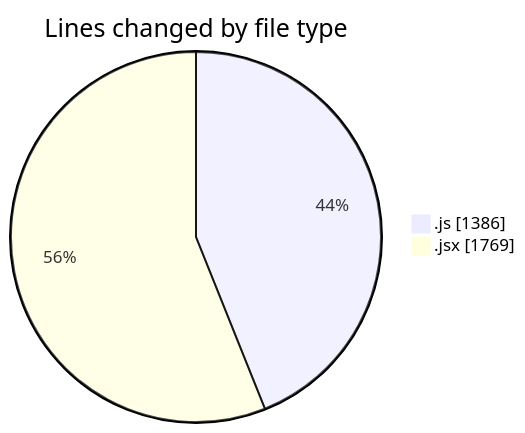
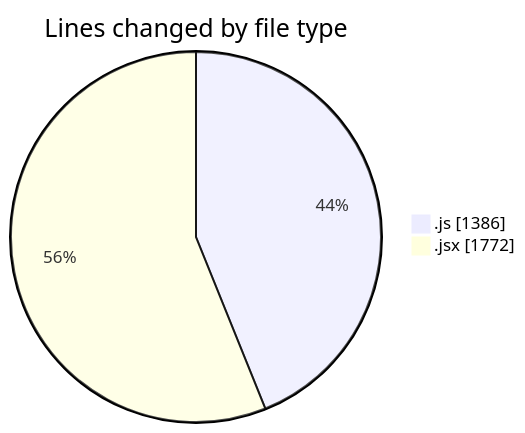
Before and after one commit to nxtqubesakshisongat/code-tracking: the first of 2 diagrams in 2025-07-29/nxtqube_webapp/README.md, drawn with Mermaid. The commit also changed other lines of this file and 1 other file, not shown here.

````diff
--- a/2025-07-29/nxtqube_webapp/README.md
+++ b/2025-07-29/nxtqube_webapp/README.md
@@ -28,6 +28,6 @@
 ```mermaid
 pie showData
 title Lines changed by file type
 ".js" : 1386
-".jsx" : 1769
+".jsx" : 1772
 ```
````
